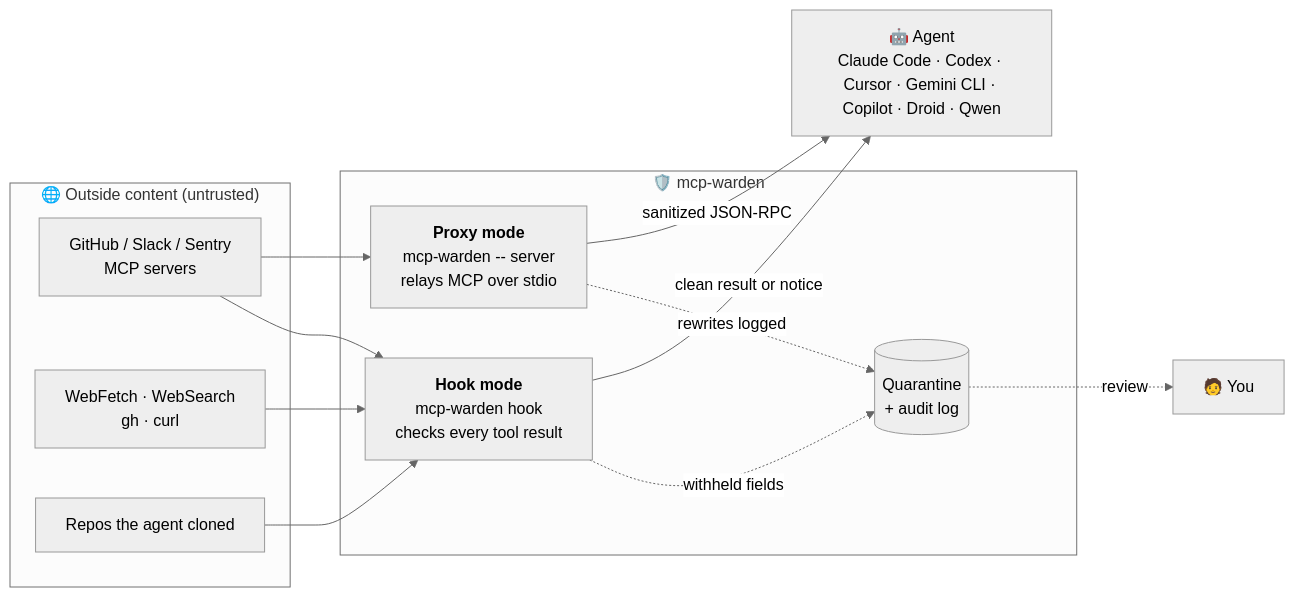
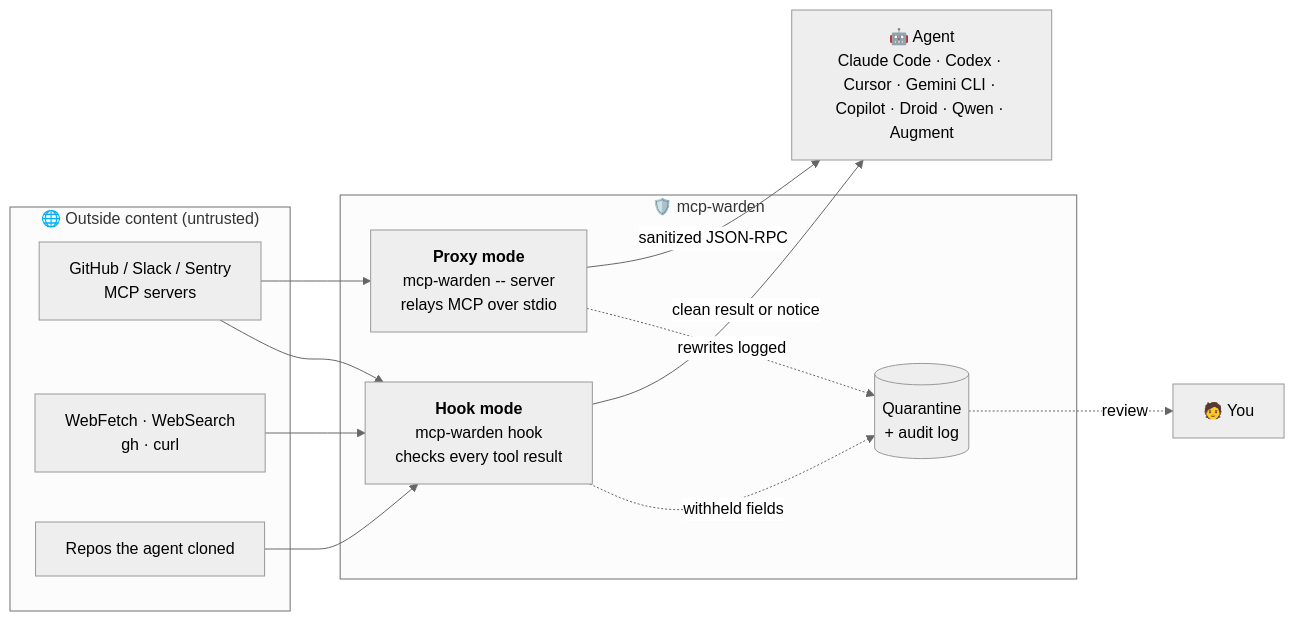
Before and after one commit to AncientiCe/mcp-warden: the first of 4 diagrams in README.md, drawn with Mermaid (neutral theme). The commit also changed other lines of this file and 6 other files, not shown here.

````diff
--- a/README.md
+++ b/README.md
@@ -102,27 +102,27 @@
 ```mermaid
 flowchart LR
     subgraph Outside["🌐 Outside content (untrusted)"]
         GH["GitHub / Slack / Sentry<br/>MCP servers"]
         WEB["WebFetch · WebSearch<br/>gh · curl"]
         CLONE["Repos the agent cloned"]
     end
 
     subgraph Warden["🛡️ mcp-warden"]
         HOOK["<b>Hook mode</b><br/>mcp-warden hook<br/>checks every tool result"]
         PROXY["<b>Proxy mode</b><br/>mcp-warden -- server<br/>relays MCP over stdio"]
         Q[("Quarantine<br/>+ audit log")]
     end
 
-    AGENT["🤖 Agent<br/>Claude Code · Codex · Cursor · Gemini CLI · Copilot · Droid · Qwen"]
+    AGENT["🤖 Agent<br/>Claude Code · Codex · Cursor · Gemini CLI · Copilot · Droid · Qwen · Augment"]
     YOU["🧑 You"]
 
     GH --> PROXY
     GH --> HOOK
     WEB --> HOOK
     CLONE --> HOOK
     HOOK -- "clean result or notice" --> AGENT
     PROXY -- "sanitized JSON-RPC" --> AGENT
     HOOK -. "withheld fields" .-> Q
     PROXY -. "rewrites logged" .-> Q
     Q -. "review" .-> YOU
 ```
````
